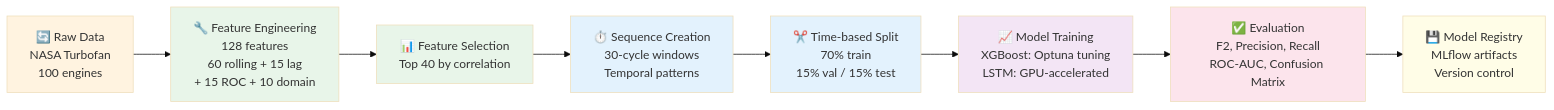
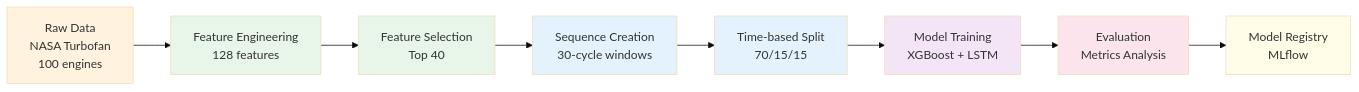
One commit to atikulmunna/predictive-maintenance-mlops changed the second of 5 diagrams in assets/architecture.md. Above: the diagram before and after it, drawn with Mermaid (base theme). The commit also changed other lines of this file, not shown here.

Commit message:
fix: Simplify Mermaid diagrams - remove emoji and complex styling for better compatibility

````diff
--- a/assets/architecture.md
+++ b/assets/architecture.md
@@ -91,22 +57,22 @@
 ```mermaid
 graph LR
-    A["🔄 Raw Data<br/>NASA Turbofan<br/>100 engines"] 
-    B["🔧 Feature Engineering<br/>128 features<br/>60 rolling + 15 lag<br/>+ 15 ROC + 10 domain"]
-    C["📊 Feature Selection<br/>Top 40 by correlation"]
-    D["⏱️ Sequence Creation<br/>30-cycle windows<br/>Temporal patterns"]
-    E["✂️ Time-based Split<br/>70% train<br/>15% val / 15% test"]
-    F["📈 Model Training<br/>XGBoost: Optuna tuning<br/>LSTM: GPU-accelerated"]
-    G["✅ Evaluation<br/>F2, Precision, Recall<br/>ROC-AUC, Confusion Matrix"]
-    H["💾 Model Registry<br/>MLflow artifacts<br/>Version control"]
+    A["Raw Data<br/>NASA Turbofan<br/>100 engines"] 
+    B["Feature Engineering<br/>128 features"]
+    C["Feature Selection<br/>Top 40"]
+    D["Sequence Creation<br/>30-cycle windows"]
+    E["Time-based Split<br/>70/15/15"]
+    F["Model Training<br/>XGBoost + LSTM"]
+    G["Evaluation<br/>Metrics Analysis"]
+    H["Model Registry<br/>MLflow"]
     
     A-->B-->C-->D-->E-->F-->G-->H
     
     style A fill:#FFF3E0
     style B fill:#E8F5E9
     style C fill:#E8F5E9
     style D fill:#E3F2FD
     style E fill:#E3F2FD
     style F fill:#F3E5F5
     style G fill:#FCE4EC
     style H fill:#FFFDE7
 ```
````
